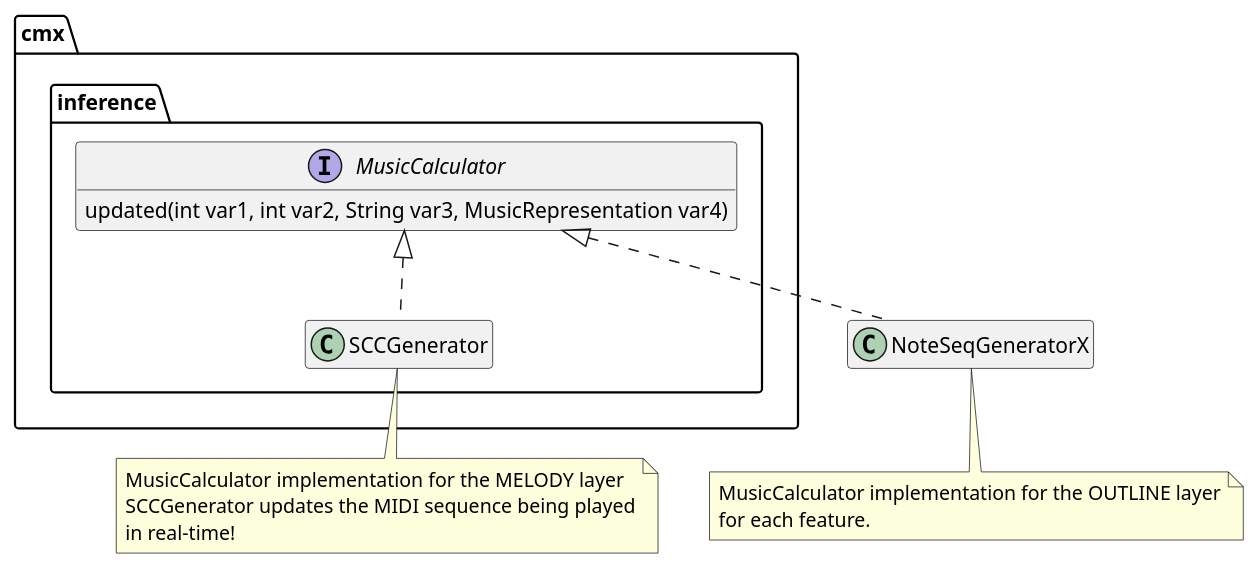
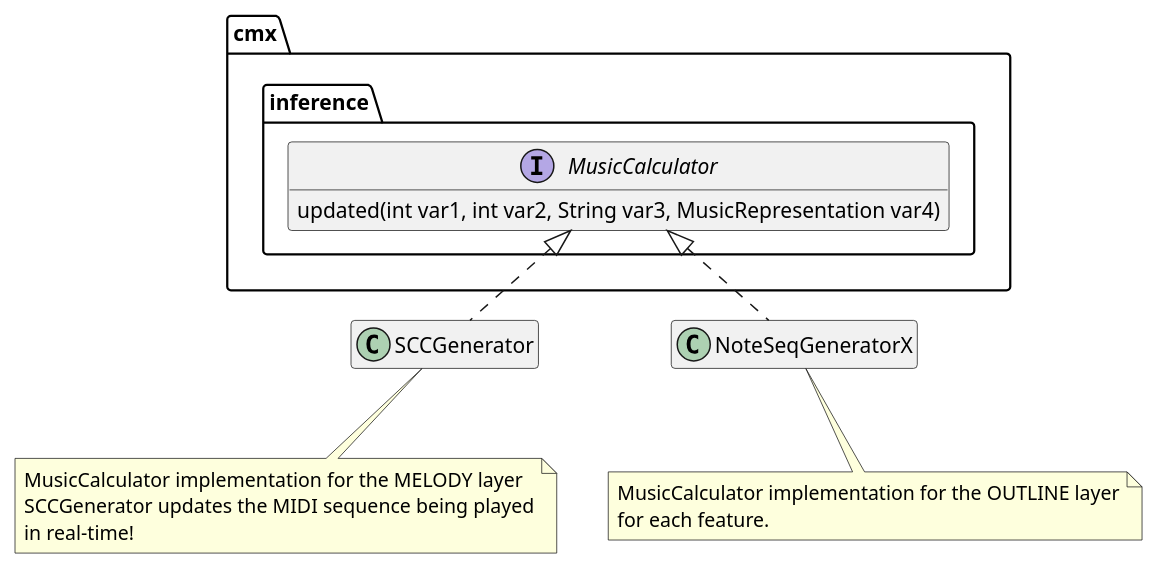
Before and after one commit to fujiij/plantuml: the diagram in diagrams/test2.puml, drawn with PlantUML.

```diff
--- a/diagrams/test2.puml
+++ b/diagrams/test2.puml
@@ -1,26 +1,26 @@
 @startuml
 'https://plantuml.com/class-diagram
 hide empty members
 
 package "cmx" {
     package "inference" {
         interface MusicCalculator {
             updated(int var1, int var2, String var3, MusicRepresentation var4)
         }
-        class SCCGenerator implements MusicCalculator
     }
 }
 
+class SCCGenerator implements cmx.inference.MusicCalculator
 note bottom of SCCGenerator
     MusicCalculator implementation for the MELODY layer
     SCCGenerator updates the MIDI sequence being played
     in real-time!
 end note
 
 class NoteSeqGeneratorX implements cmx.inference.MusicCalculator
 note bottom of NoteSeqGeneratorX
     MusicCalculator implementation for the OUTLINE layer
     for each feature.
 end note
 
 @enduml
```
